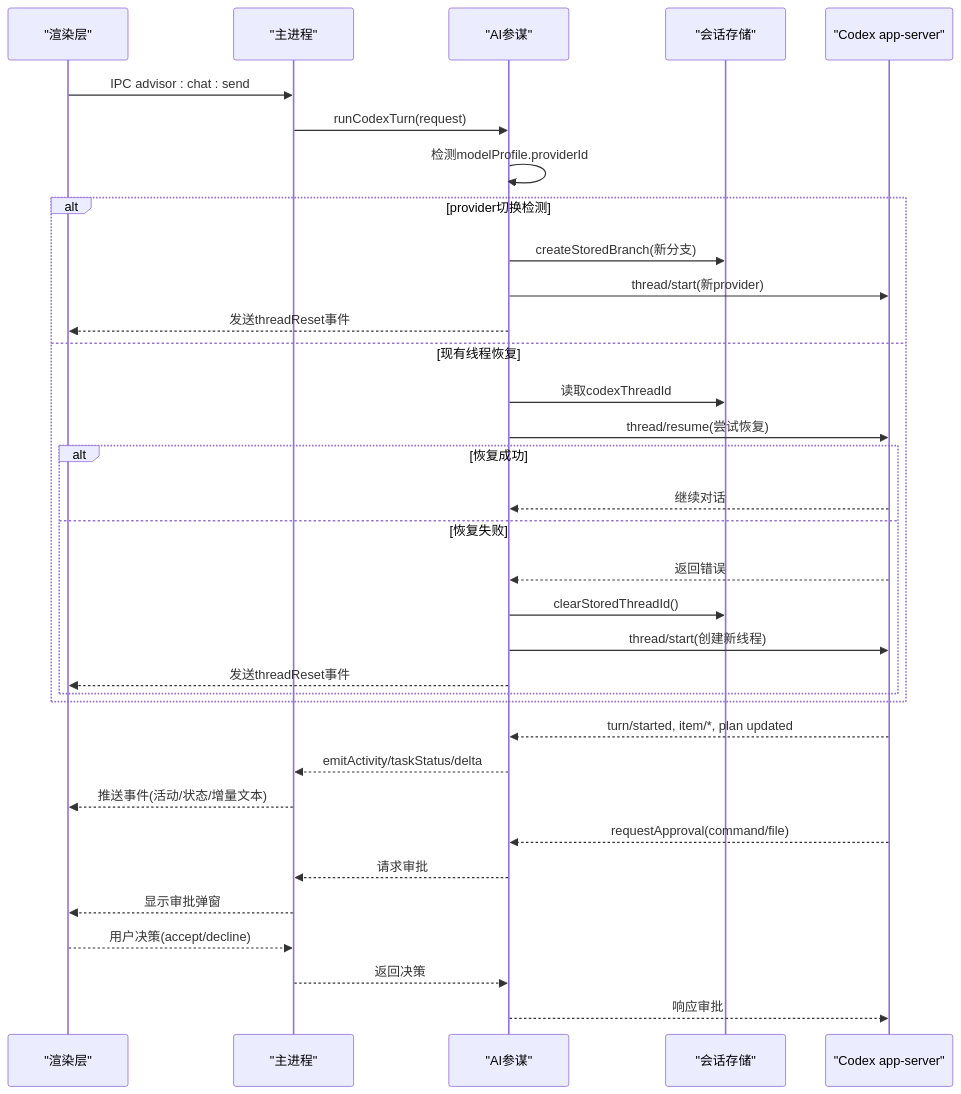
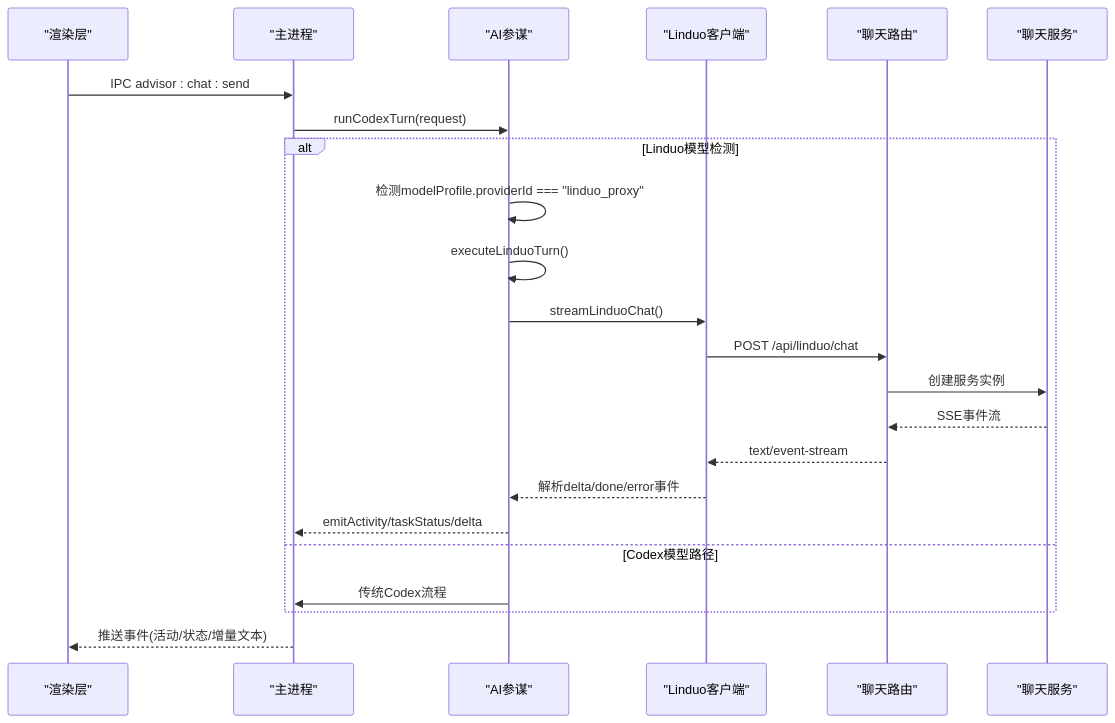
The fourth of 12 diagrams in .qoder/repowiki/zh/content/核心服务/AI参谋系统架构.md (iljahofbauer219-lang/yandu), drawn with Mermaid before and after one commit. The commit also changed other lines of this file and 340 other files, not shown here.

````diff
--- a/.qoder/repowiki/zh/content/核心服务/AI参谋系统架构.md
+++ b/.qoder/repowiki/zh/content/核心服务/AI参谋系统架构.md
@@ -202,36 +240,25 @@
 ```mermaid
 sequenceDiagram
 participant UI as "渲染层"
 participant Main as "主进程"
 participant Advisor as "AI参谋"
-participant SessionStore as "会话存储"
-participant AppServer as "Codex app-server"
+participant LinduoClient as "Linduo客户端"
+participant ChatRoutes as "聊天路由"
+participant ChatService as "聊天服务"
 UI->>Main : IPC advisor : chat : send
 Main->>Advisor : runCodexTurn(request)
-Advisor->>Advisor : 检测modelProfile.providerId
-alt provider切换检测
-Advisor->>SessionStore : createStoredBranch(新分支)
-Advisor->>AppServer : thread/start(新provider)
-Advisor-->>UI : 发送threadReset事件
-else 现有线程恢复
-Advisor->>SessionStore : 读取codexThreadId
-Advisor->>AppServer : thread/resume(尝试恢复)
-alt 恢复成功
-AppServer-->>Advisor : 继续对话
-else 恢复失败
-AppServer-->>Advisor : 返回错误
-Advisor->>SessionStore : clearStoredThreadId()
-Advisor->>AppServer : thread/start(创建新线程)
-Advisor-->>UI : 发送threadReset事件
+alt Linduo模型检测
+Advisor->>Advisor : 检测modelProfile.providerId === "linduo_proxy"
+Advisor->>Advisor : executeLinduoTurn()
+Advisor->>LinduoClient : streamLinduoChat()
+LinduoClient->>ChatRoutes : POST /api/linduo/chat
+ChatRoutes->>ChatService : 创建服务实例
+ChatService-->>ChatRoutes : SSE事件流
+ChatRoutes-->>LinduoClient : text/event-stream
+LinduoClient-->>Advisor : 解析delta/done/error事件
+Advisor-->>Main : emitActivity/taskStatus/delta
+else Codex模型路径
+Advisor->>Main : 传统Codex流程
 end
-end
-AppServer-->>Advisor : turn/started, item/*, plan updated
-Advisor-->>Main : emitActivity/taskStatus/delta
 Main-->>UI : 推送事件(活动/状态/增量文本)
-AppServer-->>Advisor : requestApproval(command/file)
-Advisor-->>Main : 请求审批
-Main-->>UI : 显示审批弹窗
-UI-->>Main : 用户决策(accept/decline)
-Main-->>Advisor : 返回决策
-Advisor-->>AppServer : 响应审批
 ```
````
